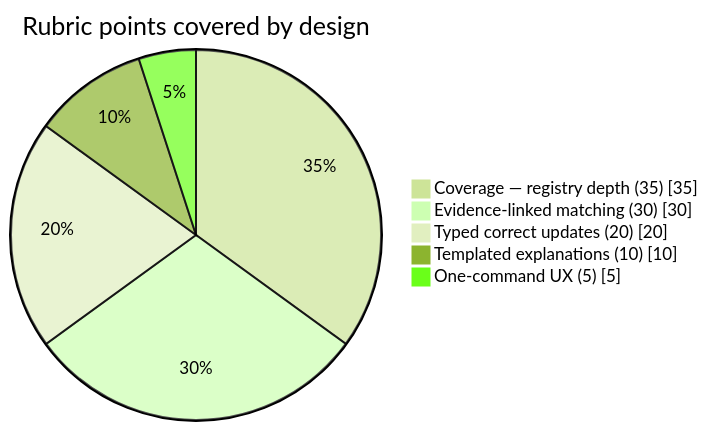
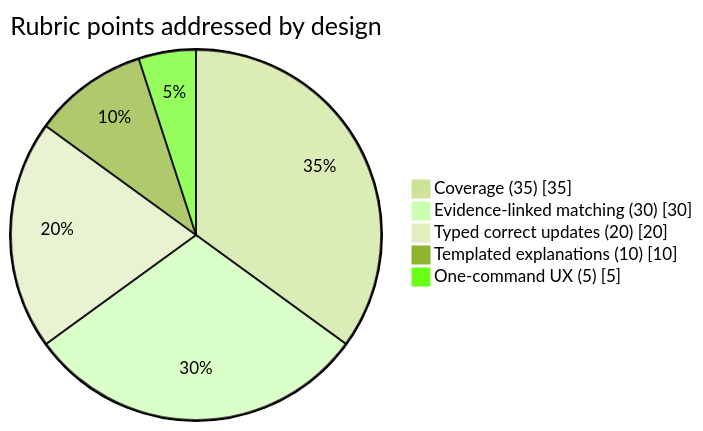
Before and after one commit to officialarghya29/kildespor: the third of 4 diagrams in README.md, drawn with Mermaid (forest theme). The commit also changed other lines of this file and 1022 other files, not shown here.

````diff
--- a/README.md
+++ b/README.md
@@ -199,9 +208,9 @@
 ```mermaid
 pie showData
-    title Rubric points covered by design
-    "Coverage — registry depth (35)" : 35
+    title Rubric points addressed by design
+    "Coverage (35)" : 35
     "Evidence-linked matching (30)" : 30
     "Typed correct updates (20)" : 20
     "Templated explanations (10)" : 10
     "One-command UX (5)" : 5
 ```
````
